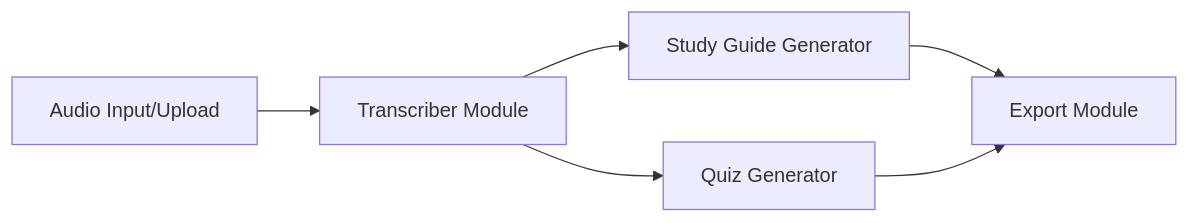
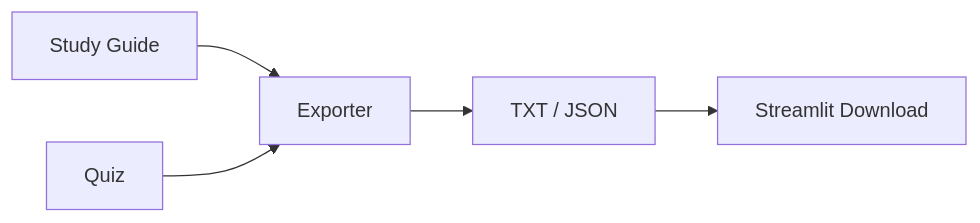
One commit to Anushiv7/LecAud changed the fifth of 8 diagrams in Docs/SYSTEM_DESIGN.md. Above: the diagram before and after it, drawn with Mermaid. The commit also changed other lines of this file, not shown here.

````diff
--- a/Docs/SYSTEM_DESIGN.md
+++ b/Docs/SYSTEM_DESIGN.md
@@ -5,8 +266,7 @@
 ```mermaid
 flowchart LR
-    Audio[Audio Input/Upload] --> Transcriber[Transcriber Module]
-    Transcriber --> Guide[Study Guide Generator]
-    Transcriber --> Quiz[Quiz Generator]
-    Guide --> Export[Export Module]
-    Quiz --> Export
+    A[Study Guide] --> C[Exporter]
+    B[Quiz] --> C
+    C --> D[TXT / JSON]
+    D --> E[Streamlit Download]
 ```
````
